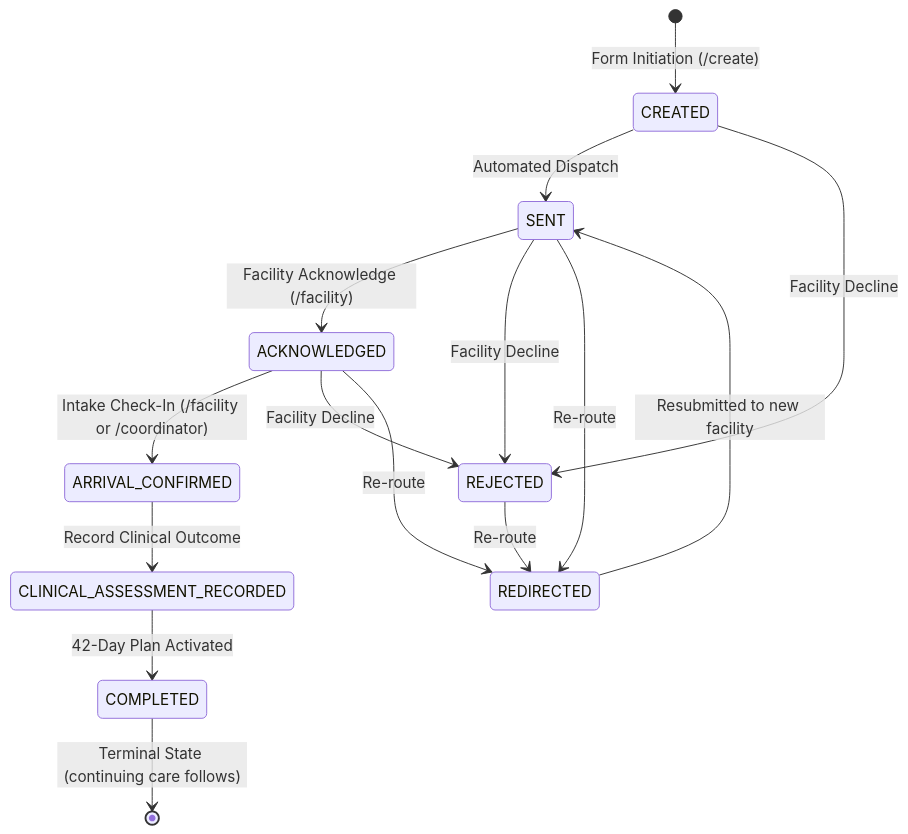
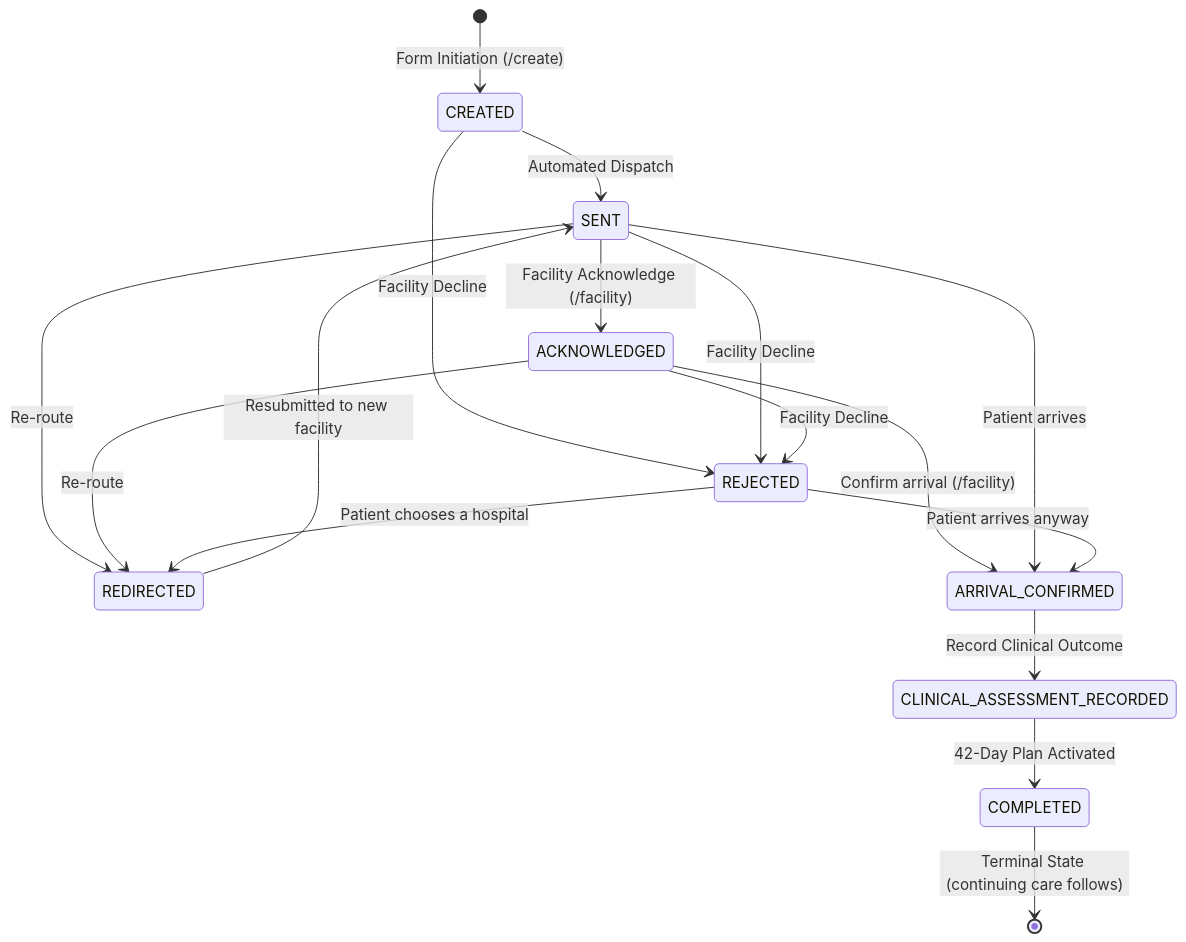
One commit to Shabnam852/health-a-thon changed the diagram in docs/REFERRAL_LIFECYCLE_AUDIT.md. Above: the diagram before and after it, drawn with Mermaid. The commit also changed other lines of this file and 129 other files, not shown here.

````diff
--- a/docs/REFERRAL_LIFECYCLE_AUDIT.md
+++ b/docs/REFERRAL_LIFECYCLE_AUDIT.md
@@ -12,17 +13,20 @@
 ```mermaid
 stateDiagram-v2
     [*] --> CREATED: Form Initiation (/create)
     CREATED --> SENT: Automated Dispatch
     CREATED --> REJECTED: Facility Decline
     SENT --> ACKNOWLEDGED: Facility Acknowledge (/facility)
     SENT --> REJECTED: Facility Decline
     SENT --> REDIRECTED: Re-route
-    ACKNOWLEDGED --> ARRIVAL_CONFIRMED: Intake Check-In (/facility or /coordinator)
+    ACKNOWLEDGED --> ARRIVAL_CONFIRMED: Confirm arrival (/facility)
+    SENT --> ARRIVAL_CONFIRMED: Patient arrives
+
     ACKNOWLEDGED --> REJECTED: Facility Decline
     ACKNOWLEDGED --> REDIRECTED: Re-route
-    REJECTED --> REDIRECTED: Re-route
+    REJECTED --> REDIRECTED: Patient chooses a hospital
+    REJECTED --> ARRIVAL_CONFIRMED: Patient arrives anyway
     REDIRECTED --> SENT: Resubmitted to new facility
     ARRIVAL_CONFIRMED --> CLINICAL_ASSESSMENT_RECORDED: Record Clinical Outcome
     CLINICAL_ASSESSMENT_RECORDED --> COMPLETED: 42-Day Plan Activated
     COMPLETED --> [*]: Terminal State (continuing care follows)
 ```
````
